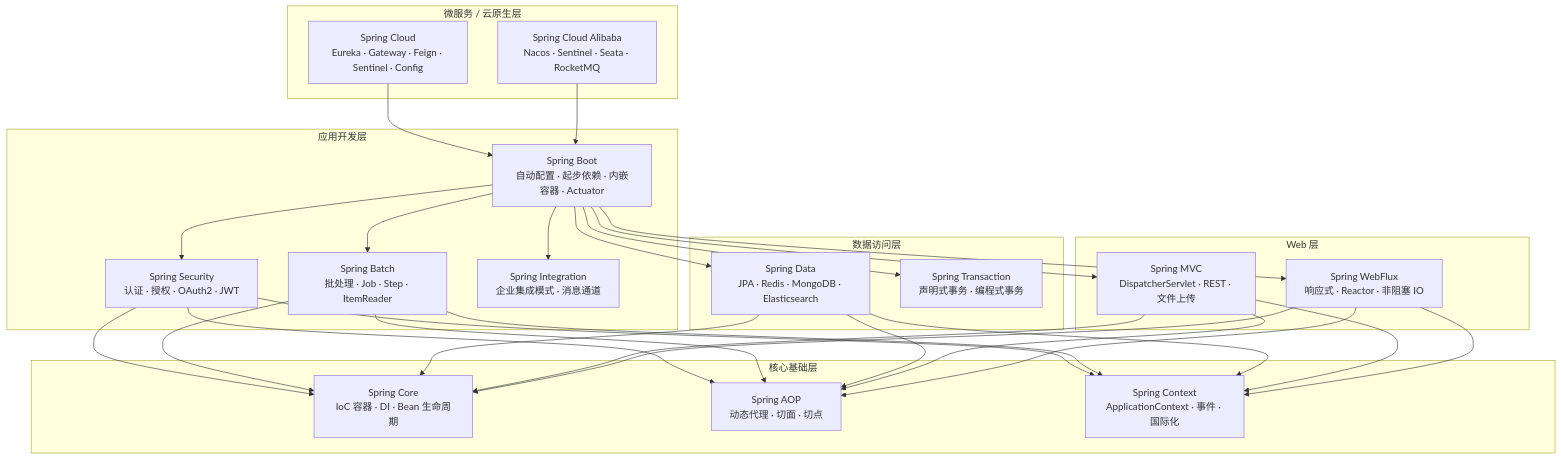
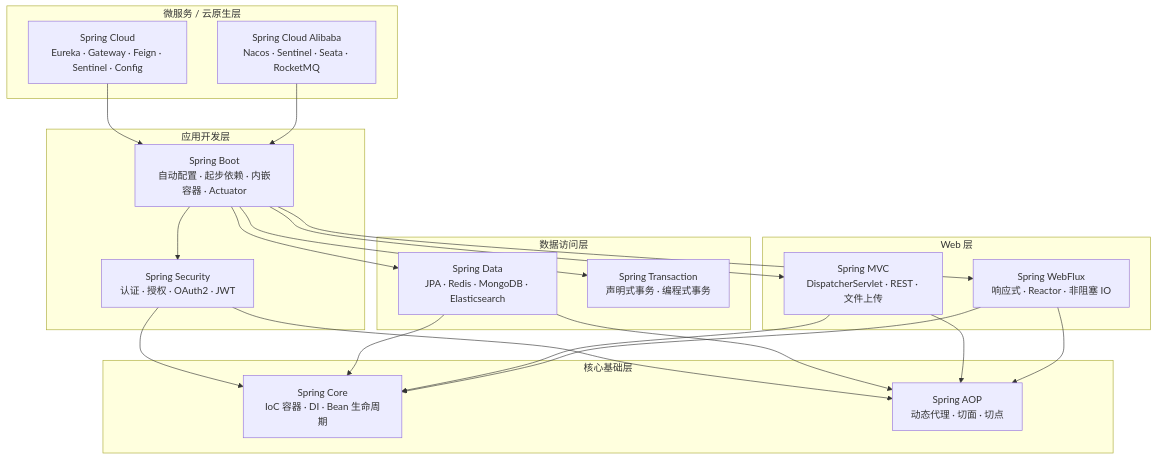
The second of 3 diagrams in docs/02-spring/00-spring-core.md (b1tzer/b1tzer.github.io), drawn with Mermaid before and after one commit. The commit also changed other lines of this file, not shown here.

Commit message:
优化 spring 总览

````diff
--- a/docs/02-spring/00-spring-core.md
+++ b/docs/02-spring/00-spring-core.md
@@ -68,36 +56,33 @@
 ```mermaid
 flowchart TB
     subgraph 微服务 / 云原生层
         SCloud["Spring Cloud<br>Eureka · Gateway · Feign · Sentinel · Config"]
         SCloudAlibaba["Spring Cloud Alibaba<br>Nacos · Sentinel · Seata · RocketMQ"]
     end
 
     subgraph 应用开发层
         SBoot["Spring Boot<br>自动配置 · 起步依赖 · 内嵌容器 · Actuator"]
         SSecurity["Spring Security<br>认证 · 授权 · OAuth2 · JWT"]
-        SBatch["Spring Batch<br>批处理 · Job · Step · ItemReader"]
-        SIntegration["Spring Integration<br>企业集成模式 · 消息通道"]
     end
 
     subgraph 数据访问层
         SData["Spring Data<br>JPA · Redis · MongoDB · Elasticsearch"]
         STx["Spring Transaction<br>声明式事务 · 编程式事务"]
     end
 
     subgraph Web 层
         SMVC["Spring MVC<br>DispatcherServlet · REST · 文件上传"]
         SWebFlux["Spring WebFlux<br>响应式 · Reactor · 非阻塞 IO"]
     end
 
     subgraph 核心基础层
         SCore["Spring Core<br>IoC 容器 · DI · Bean 生命周期"]
         SAOP["Spring AOP<br>动态代理 · 切面 · 切点"]
-        SContext["Spring Context<br>ApplicationContext · 事件 · 国际化"]
     end
 
     SCloud & SCloudAlibaba --> SBoot
-    SBoot --> SSecurity & SBatch & SIntegration
+    SBoot --> SSecurity
     SBoot --> SData & STx
     SBoot --> SMVC & SWebFlux
-    SSecurity & SBatch & SData & SMVC & SWebFlux --> SCore & SAOP & SContext
+    SSecurity & SData & SMVC & SWebFlux --> SCore & SAOP
 ```
````
